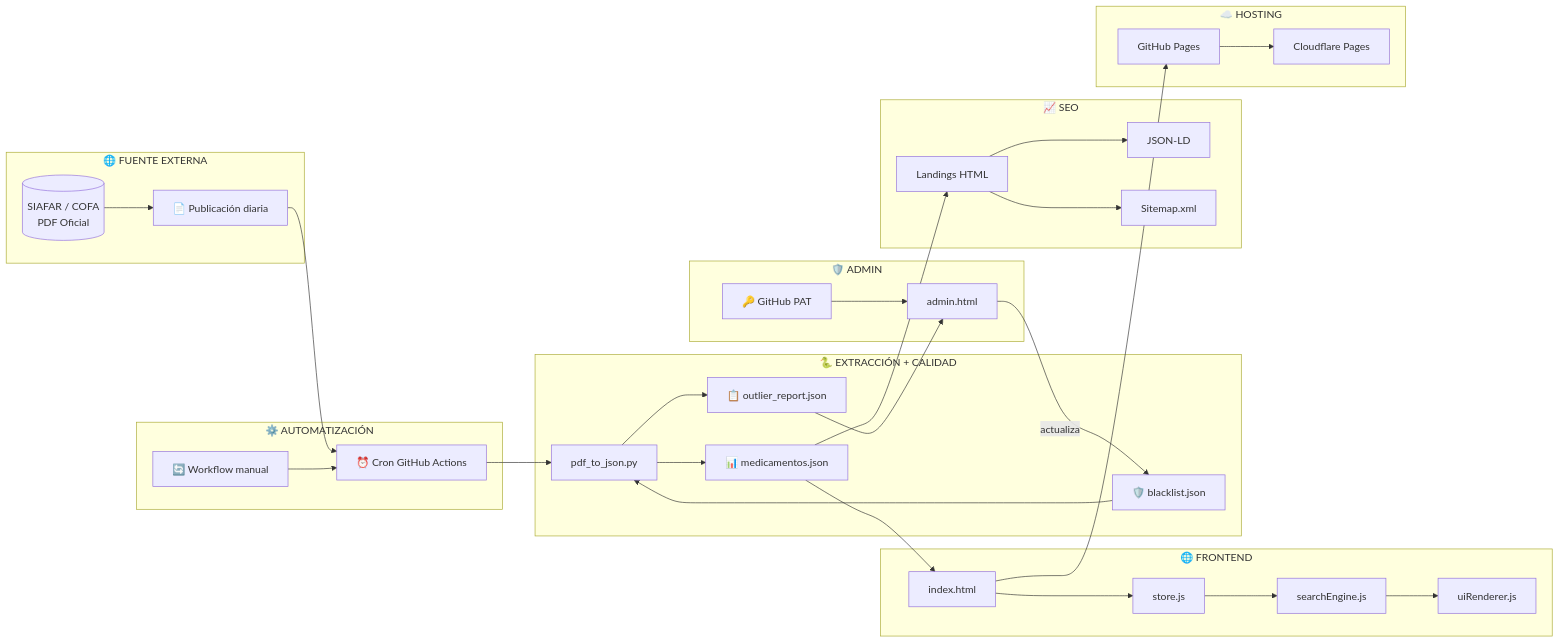
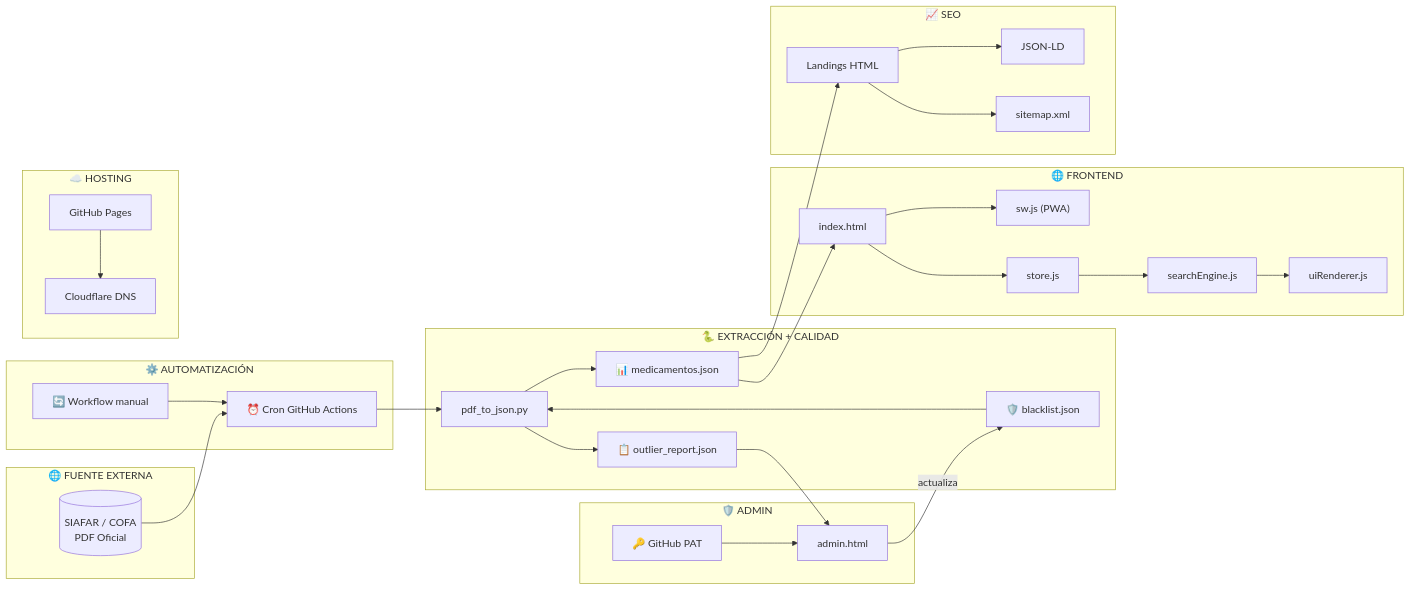
The seventh of 8 diagrams in README.md (psbella/remediar), drawn with Mermaid before and after one commit. The commit also changed other lines of this file, not shown here.

````diff
--- a/README.md
+++ b/README.md
@@ -750,58 +739,59 @@
 ```mermaid
 flowchart LR
 
     subgraph ONE["🌐 FUENTE EXTERNA"]
         A[("SIAFAR / COFA\nPDF Oficial")]
-        B["📄 Publicación diaria"]
     end
 
     subgraph TWO["⚙️ AUTOMATIZACIÓN"]
         C["⏰ Cron GitHub Actions"]
         D["🔄 Workflow manual"]
     end
 
     subgraph THREE["🐍 EXTRACCIÓN + CALIDAD"]
         E["pdf_to_json.py"]
         BL["🛡️ blacklist.json"]
         OR["📋 outlier_report.json"]
         F["📊 medicamentos.json"]
     end
 
     subgraph FOUR["🛡️ ADMIN"]
         ADM["admin.html"]
         PAT["🔑 GitHub PAT"]
     end
 
     subgraph FIVE["🌐 FRONTEND"]
         I["index.html"]
+        SW["sw.js (PWA)"]
         J["store.js"]
         K["searchEngine.js"]
         L["uiRenderer.js"]
     end
 
     subgraph SIX["📈 SEO"]
         M["Landings HTML"]
         N["JSON-LD"]
-        O["Sitemap.xml"]
+        O["sitemap.xml"]
     end
 
     subgraph SEVEN["☁️ HOSTING"]
         P["GitHub Pages"]
-        Q["Cloudflare Pages"]
+        CF["Cloudflare DNS"]
     end
 
-    A --> B --> C
+    A --> C
     D --> C
     C --> E
     BL --> E
     E --> OR
     E --> F
     OR --> ADM
     PAT --> ADM
     ADM -->|actualiza| BL
     F --> M
     F --> I
+    I --> SW
     I --> J --> K --> L
     M --> N & O
-    I --> P --> Q
+    P --> CF
 ```
````
